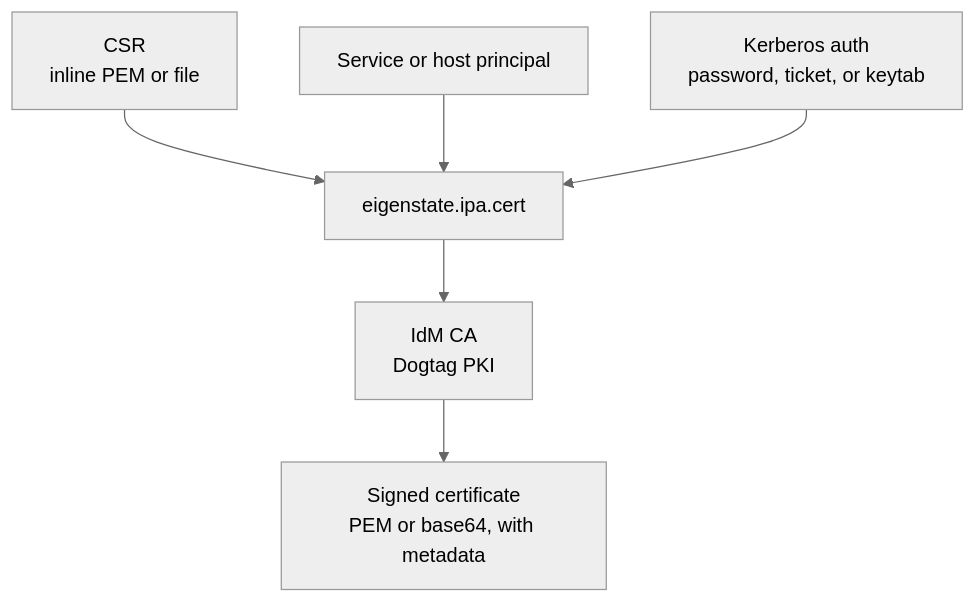
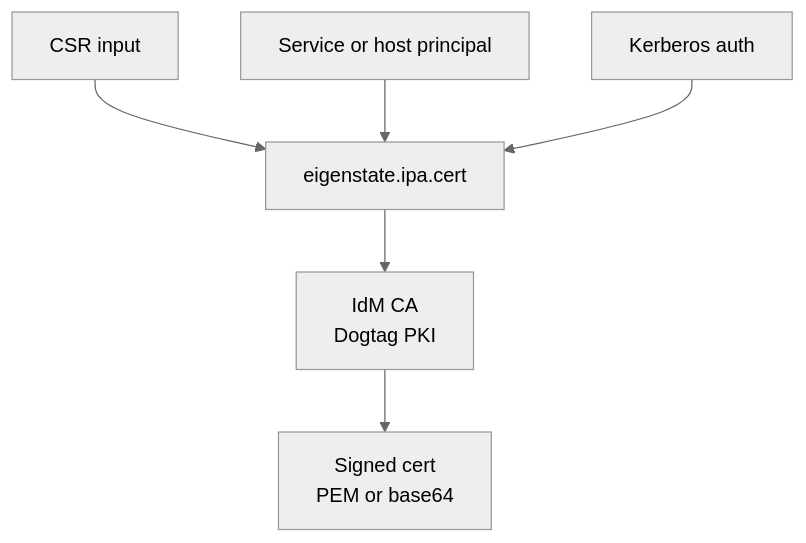
Before and after one commit to gprocunier/eigenstate-ipa: the first of 9 diagrams in docs/cert-capabilities.md, drawn with Mermaid (neutral theme). The commit also changed other lines of this file and 12 other files, not shown here.

Commit message:
Clean up Mermaid diagrams across docs

````diff
--- a/docs/cert-capabilities.md
+++ b/docs/cert-capabilities.md
@@ -45,15 +45,15 @@
 ```mermaid
 flowchart TD
-    csr["CSR\ninline PEM or file"]
+    csr["CSR input"]
     principal["Service or host principal"]
-    auth["Kerberos auth\npassword, ticket, or keytab"]
+    auth["Kerberos auth"]
     lookup["eigenstate.ipa.cert"]
     ca["IdM CA\nDogtag PKI"]
-    result["Signed certificate\nPEM or base64, with metadata"]
+    result["Signed cert\nPEM or base64"]
 
     csr --> lookup
     principal --> lookup
     auth --> lookup
     lookup --> ca
     ca --> result
 ```
````
